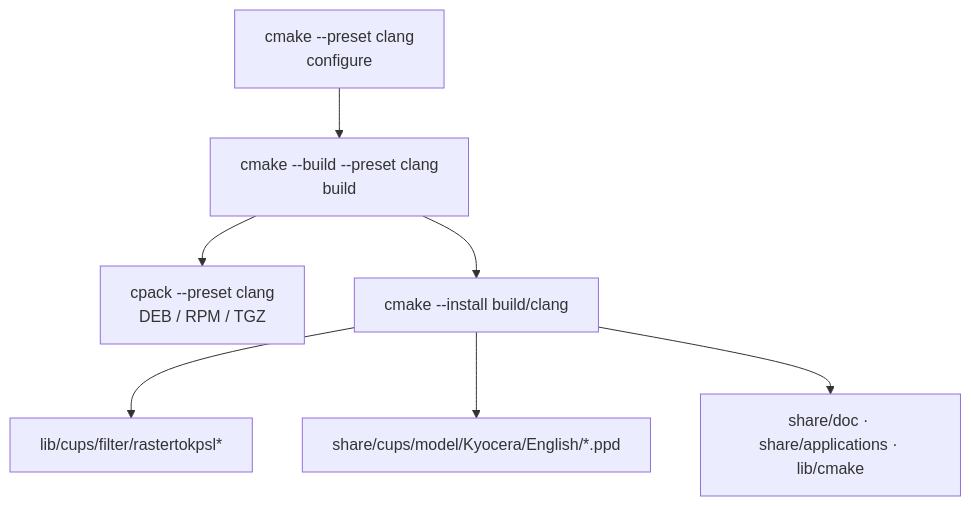
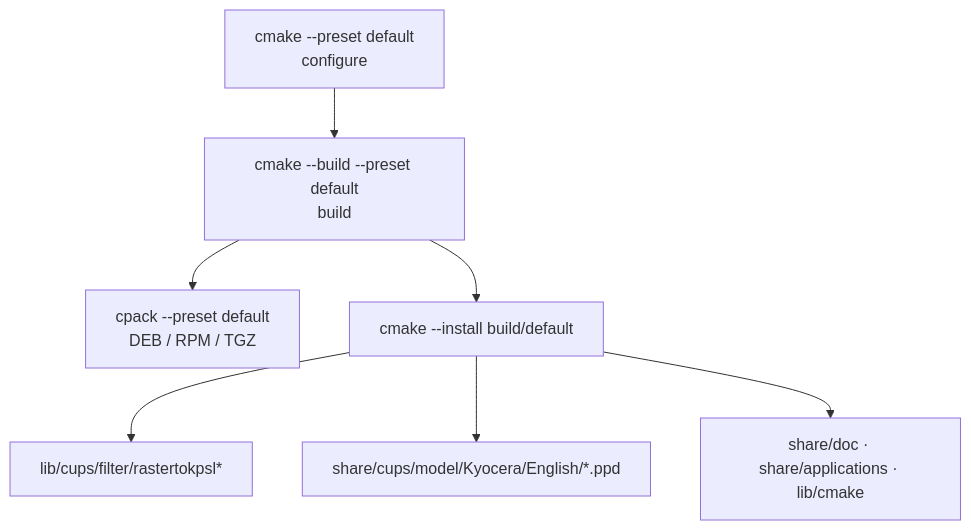
Before and after one commit to e-gleba/kyocera-drivers: the second of 2 diagrams in readme.md, drawn with Mermaid. The commit also changed other lines of this file and 2 other files, not shown here.

First line of the commit message:
fix: make rastertokpsl wrapper prefix-independent, correct install docs

````diff
--- a/readme.md
+++ b/readme.md
@@ -173,9 +204,9 @@
 ```mermaid
 flowchart TD
-    A[cmake --preset clang<br>configure] --> B[cmake --build --preset clang<br>build]
-    B --> C[cpack --preset clang<br>DEB / RPM / TGZ]
-    B --> D[cmake --install build/clang]
+    A[cmake --preset default<br>configure] --> B[cmake --build --preset default<br>build]
+    B --> C[cpack --preset default<br>DEB / RPM / TGZ]
+    B --> D[cmake --install build/default]
     D --> E[lib/cups/filter/rastertokpsl*]
     D --> F[share/cups/model/Kyocera/English/*.ppd]
     D --> G[share/doc · share/applications · lib/cmake]
 ```
````
